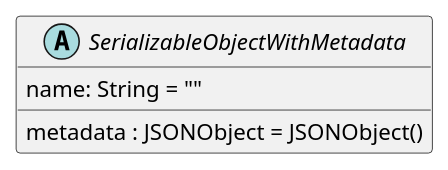
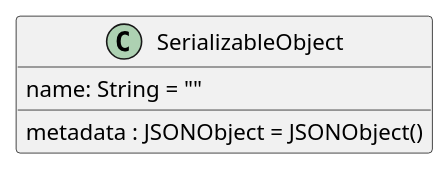
Before and after one commit to sandflow/otio-core-specification: the second of 31 diagrams in src/main/md/otio-core.md, drawn with PlantUML. The commit also changed other lines of this file, not shown here.

Commit message:
Merge SerializableObjectWithMetadata into SerializableObject (#4)

````diff
--- a/src/main/md/otio-core.md
+++ b/src/main/md/otio-core.md
@@ -143,12 +114,12 @@
 ```puml
 @startuml
 hide empty members
 skinparam classAttributeIconSize 0
 
-abstract class SerializableObjectWithMetadata {
+class SerializableObject {
   name: String = ""
   metadata : JSONObject = JSONObject()
 }
 
 @enduml
 ```
````
